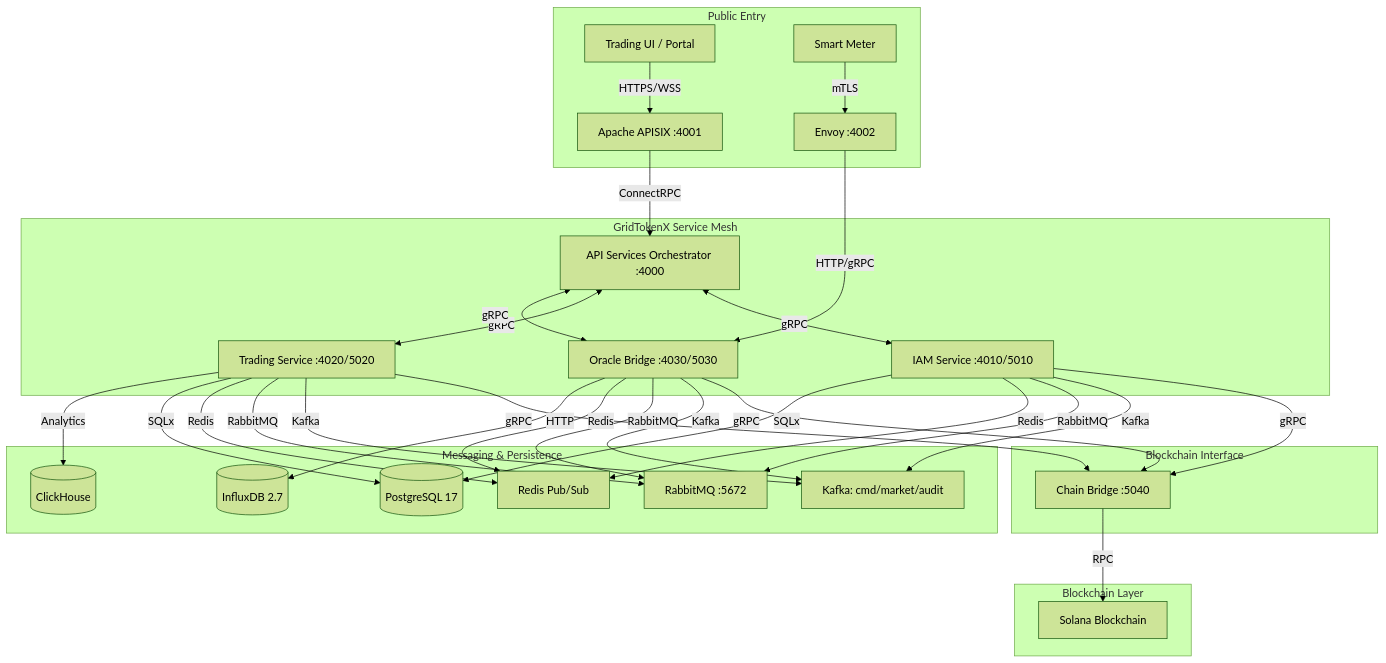
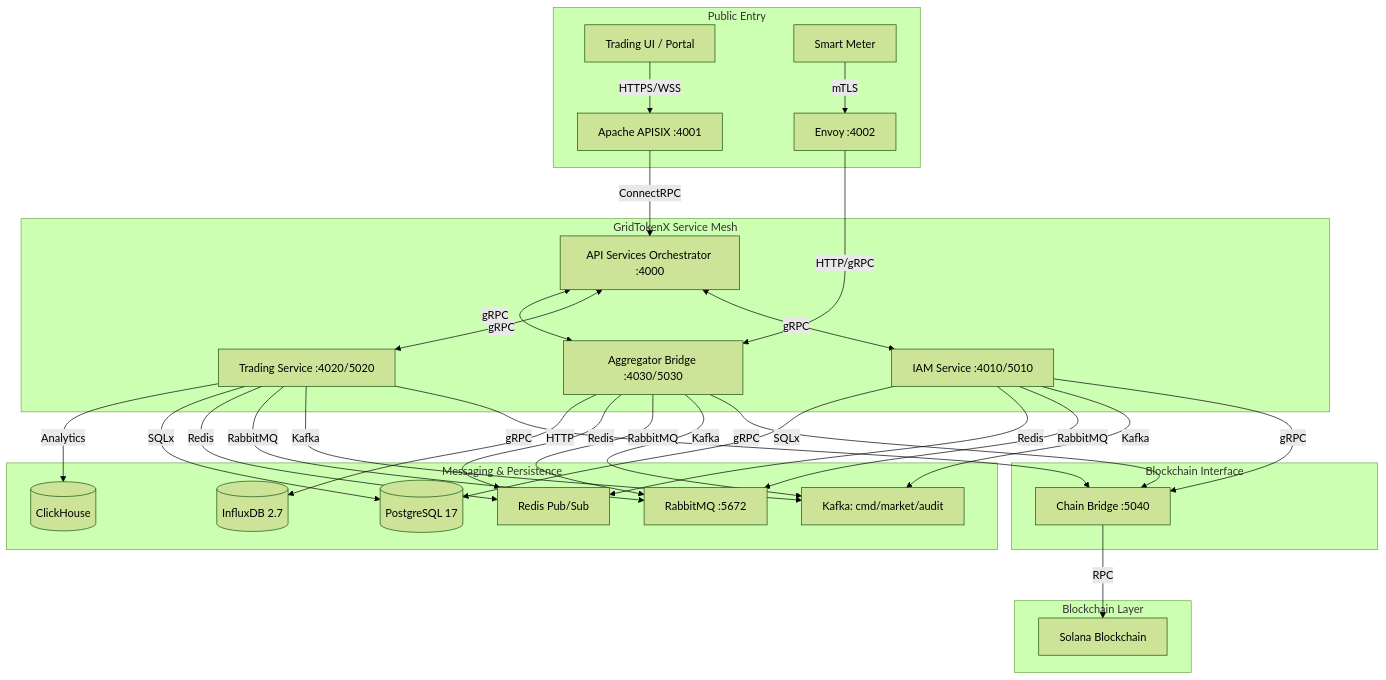
The diagram in README.md (NakaSato/gridtokenx-coresystem), drawn with Mermaid (forest theme) before and after one commit. The commit also changed other lines of this file and 53 other files, not shown here.

First line of the commit message:
refactor: rename oracle-bridge → aggregator-bridge across the platform

````diff
--- a/README.md
+++ b/README.md
@@ -21,32 +21,32 @@
 ```mermaid
 graph TD
     subgraph "Public Entry"
         Client[Trading UI / Portal] -->|HTTPS/WSS| APISIX[Apache APISIX :4001]
         EdgeMeter[Smart Meter] -->|mTLS| Envoy[Envoy :4002]
     end
 
     subgraph "GridTokenX Service Mesh"
         APISIX -->|ConnectRPC| APIS[API Services Orchestrator :4000]
         APIS <-->|gRPC| IAM[IAM Service :4010/5010]
         APIS <-->|gRPC| Trading[Trading Service :4020/5020]
-        APIS <-->|gRPC| OracleB[Oracle Bridge :4030/5030]
+        APIS <-->|gRPC| OracleB[Aggregator Bridge :4030/5030]
         Envoy -->|HTTP/gRPC| OracleB
     end
 
     subgraph "Blockchain Interface"
         IAM & Trading & OracleB -->|gRPC| ChainBridge[Chain Bridge :5040]
     end
 
     subgraph "Blockchain Layer"
         ChainBridge -->|RPC| Solana[Solana Blockchain]
     end
 
     subgraph "Messaging & Persistence"
         IAM & Trading & OracleB -->|Kafka| Events[Kafka: cmd/market/audit]
         IAM & Trading & OracleB -->|RabbitMQ| Tasks[RabbitMQ :5672]
         IAM & Trading & OracleB -->|Redis| Live[Redis Pub/Sub]
         IAM & Trading -->|SQLx| PostgreS[(PostgreSQL 17)]
         OracleB -->|HTTP| TSDB[(InfluxDB 2.7)]
         Trading -->|Analytics| ClickHouse[(ClickHouse)]
     end
 ```
````
